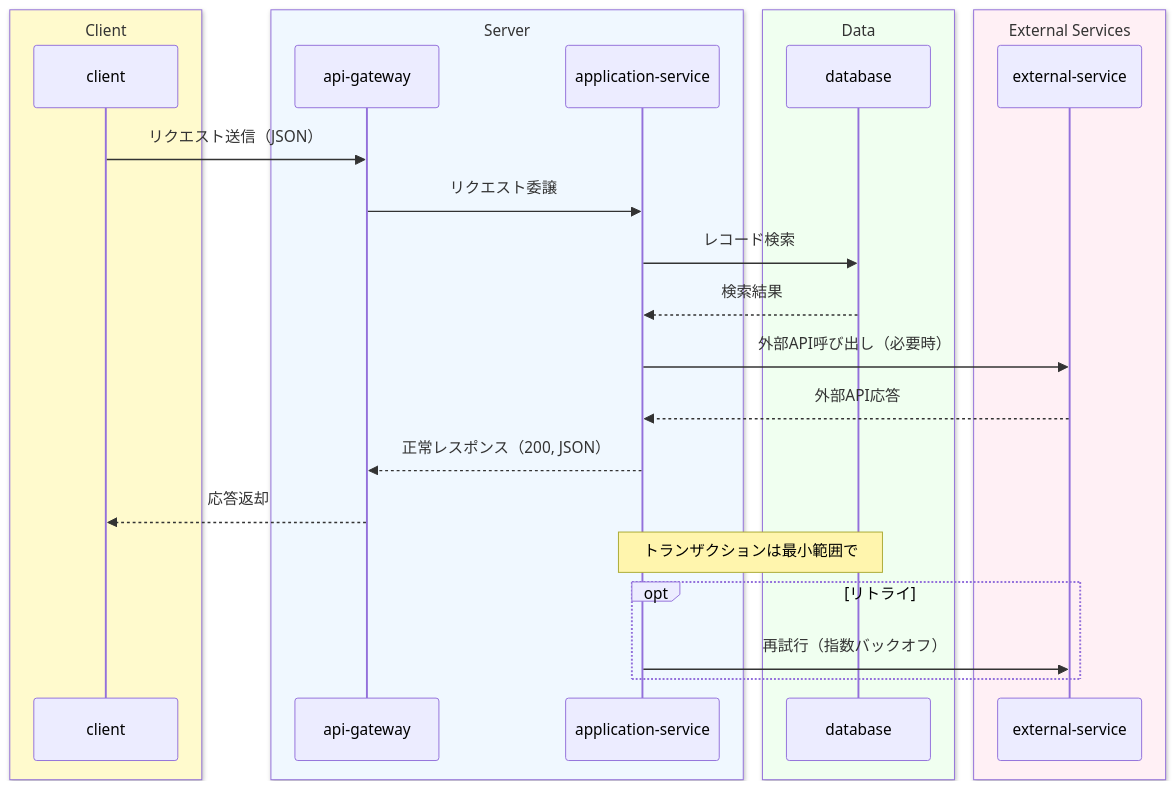
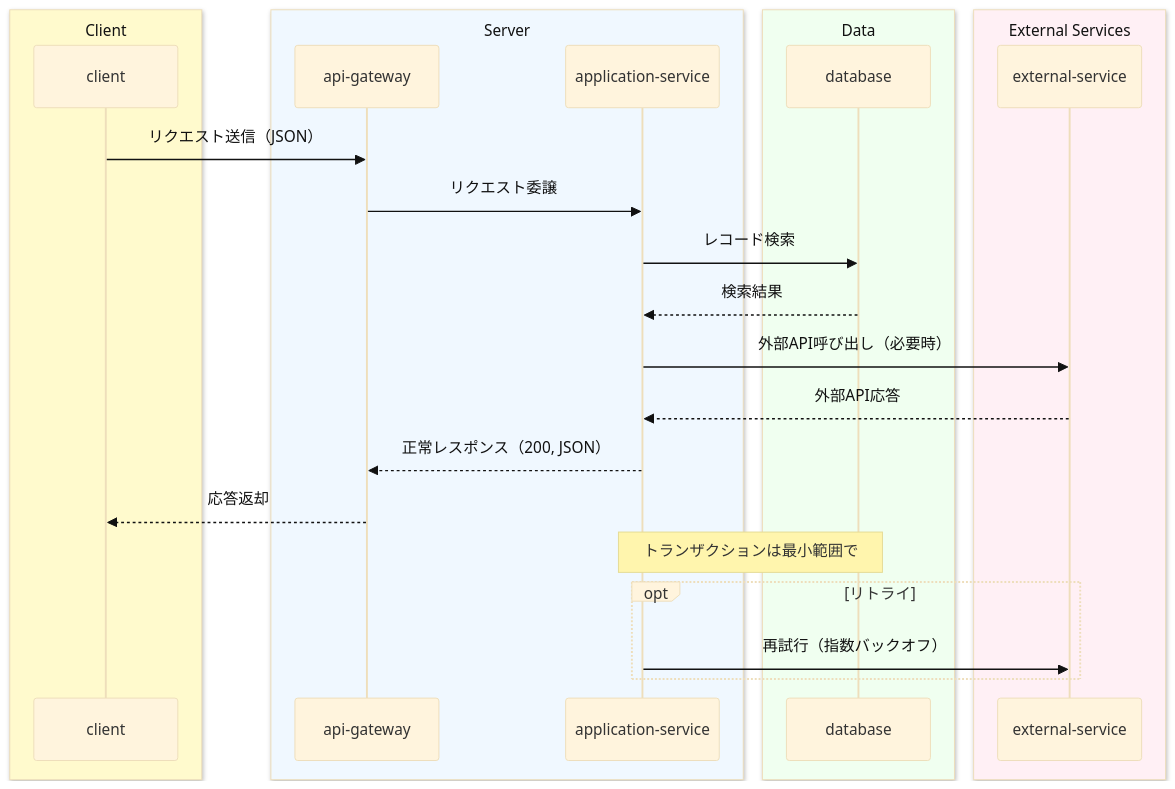
The first of 2 diagrams in cursor/rules/mermaid-guidelines.mdc (ymdarake/dotfiles), drawn with Mermaid before and after one commit.

Commit message:
:memo: Mermaidガイドラインにシーケンス図の初期設定を追加
- シーケンス図のテーマ設定を追加し、テキスト色、線の色、フォントサイズを指定
- Mermaid記法の使用におけるスタイルの一貫性を向上させるための初期設定を明示化

````diff
--- a/cursor/rules/mermaid-guidelines.mdc
+++ b/cursor/rules/mermaid-guidelines.mdc
@@ -28,30 +28,31 @@
 ```mermaid
+%%{init:{'theme':'base','themeVariables':{'textColor':'#111111','lineColor':'#333333','fontSize':'16px'}}}%%
 sequenceDiagram
   box LemonChiffon Client
     participant CL as client
   end
   box AliceBlue Server
     participant API as api-gateway
     participant APP as application-service
   end
   box HoneyDew Data
     participant DB as database
   end
   box LavenderBlush External Services
     participant EXT as external-service
   end
 
   CL->>API: リクエスト送信（JSON）
   API->>APP: リクエスト委譲
   APP->>DB: レコード検索
   DB-->>APP: 検索結果
   APP->>EXT: 外部API呼び出し（必要時）
   EXT-->>APP: 外部API応答
   APP-->>API: 正常レスポンス（200, JSON）
   API-->>CL: 応答返却
 
   Note over APP,DB: トランザクションは最小範囲で
   opt リトライ
     APP->>EXT: 再試行（指数バックオフ）
   end
 ```
````
